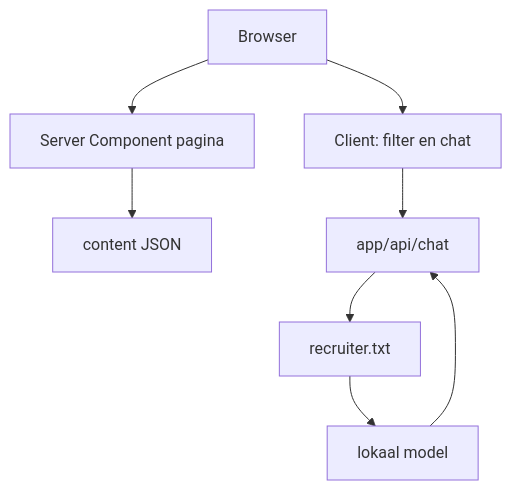
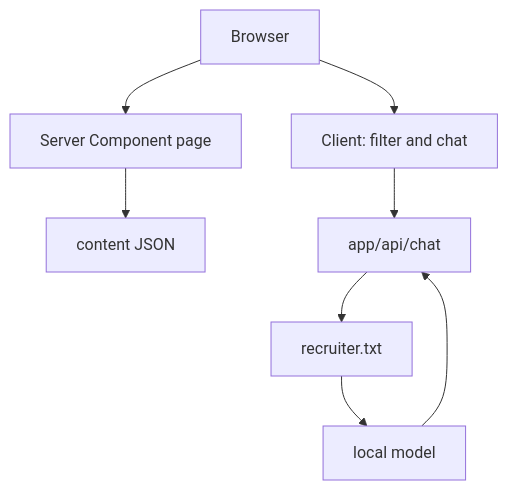
The diagram in README.md (arvinwerk/portfolio-demo), drawn with Mermaid before and after one commit. The commit also changed other lines of this file and 8 other files, not shown here.

````diff
--- a/README.md
+++ b/README.md
@@ -17,18 +17,18 @@
 ```mermaid
 flowchart TD
   browser[Browser]
-  page[Server Component pagina]
-  filter[Client: filter en chat]
+  page[Server Component page]
+  filter[Client: filter and chat]
   json[content JSON]
   route[app/api/chat]
   sheet[recruiter.txt]
-  model[lokaal model]
+  model[local model]
 
   browser --> page
   browser --> filter
   page --> json
   filter --> route
   route --> sheet
   sheet --> model
   model --> route
 ```
````
